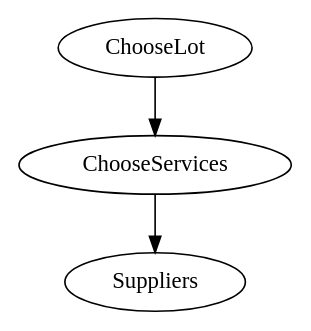
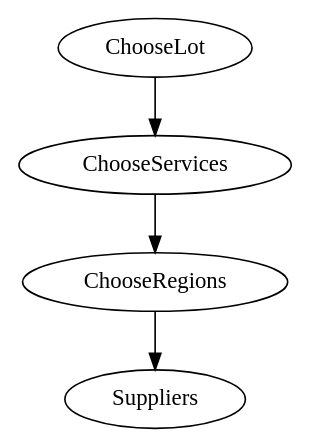
Before and after one commit to Crown-Commercial-Service/crown-marketplace: the diagram in doc/management_consultancy.dot, drawn with Graphviz. The commit also changed 1 other file, not shown here.

Commit message:
Update MC graph to current state

```diff
--- a/doc/management_consultancy.dot
+++ b/doc/management_consultancy.dot
@@ -1,3 +1,3 @@
 digraph {
-  ChooseLot -> ChooseServices -> Suppliers;
+  ChooseLot -> ChooseServices -> ChooseRegions -> Suppliers;
 }
```
